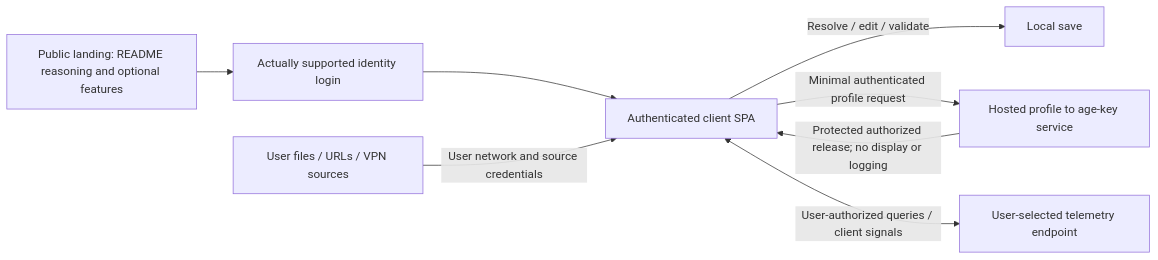
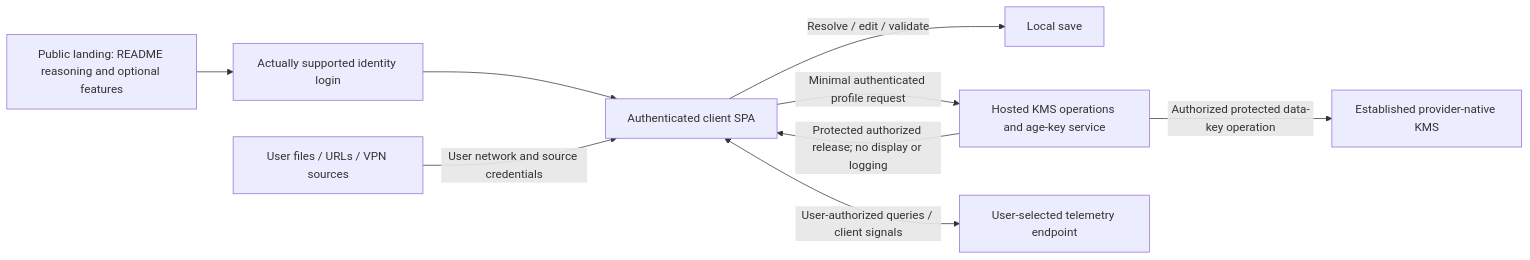
Before and after one commit to maldous/CircularQuay: the second of 2 diagrams in docs/managed-key-service.md, drawn with Mermaid. The commit also changed other lines of this file and 44 other files, not shown here.

````diff
--- a/docs/managed-key-service.md
+++ b/docs/managed-key-service.md
@@ -332,10 +665,11 @@
 ```mermaid
 flowchart LR
   R[Public landing: README reasoning and optional features] --> I[Actually supported identity login]
   I --> C[Authenticated client SPA]
   F[User files / URLs / VPN sources] -->|User network and source credentials| C
   C -->|Resolve / edit / validate| L[Local save]
-  C -->|Minimal authenticated profile request| K[Hosted profile to age-key service]
+  C -->|Minimal authenticated profile request| K[Hosted KMS operations and age-key service]
+  K -->|Authorized protected data-key operation| N[Established provider-native KMS]
   K -->|Protected authorized release; no display or logging| C
   C <-->|User-authorized queries / client signals| O[User-selected telemetry endpoint]
 ```
````
